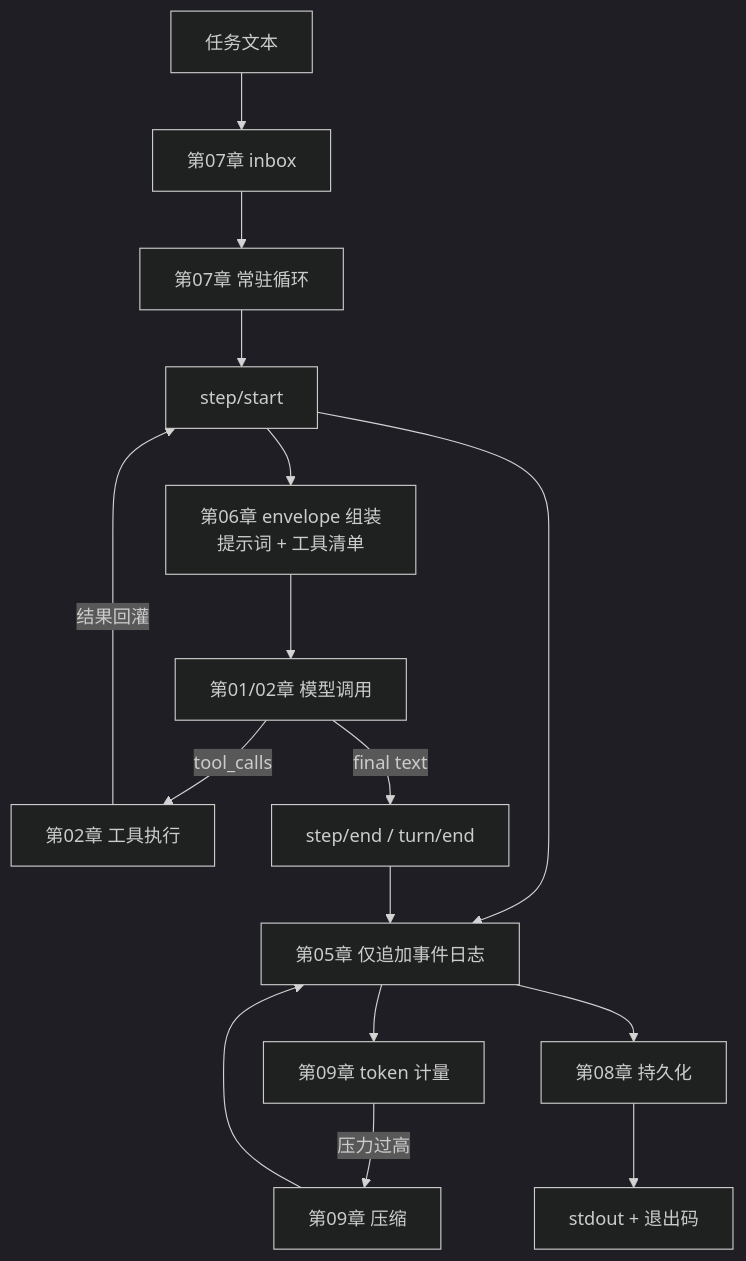
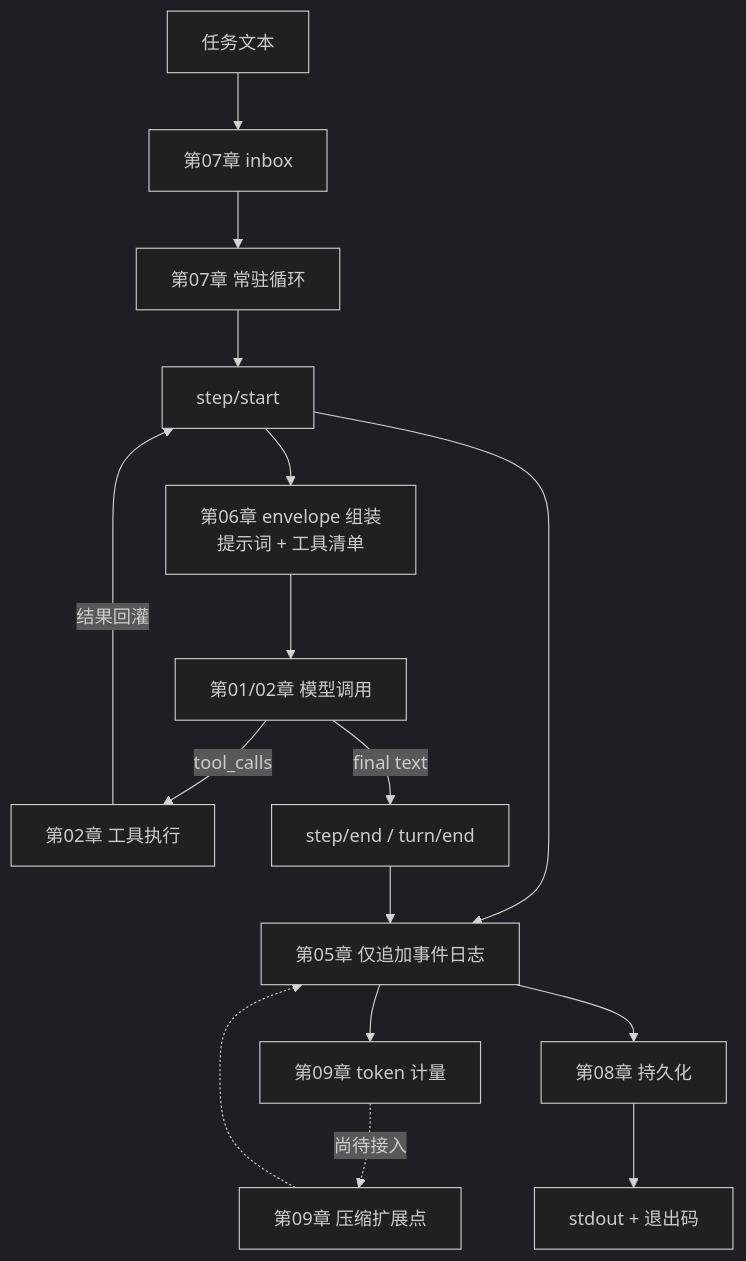
Before and after one commit to warmsum/mini-harness: the diagram in chapters/17-headless-capstone/README.md, drawn with Mermaid (dark theme). The commit also changed other lines of this file and 74 other files, not shown here.

````diff
--- a/chapters/17-headless-capstone/README.md
+++ b/chapters/17-headless-capstone/README.md
@@ -127,18 +141,18 @@
 ```mermaid
 flowchart TB
     TASK[任务文本] --> INBOX[第07章 inbox]
     INBOX --> LOOP[第07章 常驻循环]
     LOOP --> STEP[step/start]
     STEP --> ENV[第06章 envelope 组装<br>提示词 + 工具清单]
     ENV --> CALL[第01/02章 模型调用]
     CALL -->|tool_calls| TOOLS[第02章 工具执行]
     TOOLS -->|结果回灌| STEP
     CALL -->|final text| END[step/end / turn/end]
     STEP --> LOG[第05章 仅追加事件日志]
     END --> LOG
     LOG --> METER[第09章 token 计量]
-    METER -->|压力过高| COMPACT[第09章 压缩]
-    COMPACT --> LOG
+    METER -.->|尚待接入| COMPACT[第09章 压缩扩展点]
+    COMPACT -.-> LOG
     LOG --> PERSIST[第08章 持久化]
     PERSIST --> OUT[stdout + 退出码]
 ```
````
